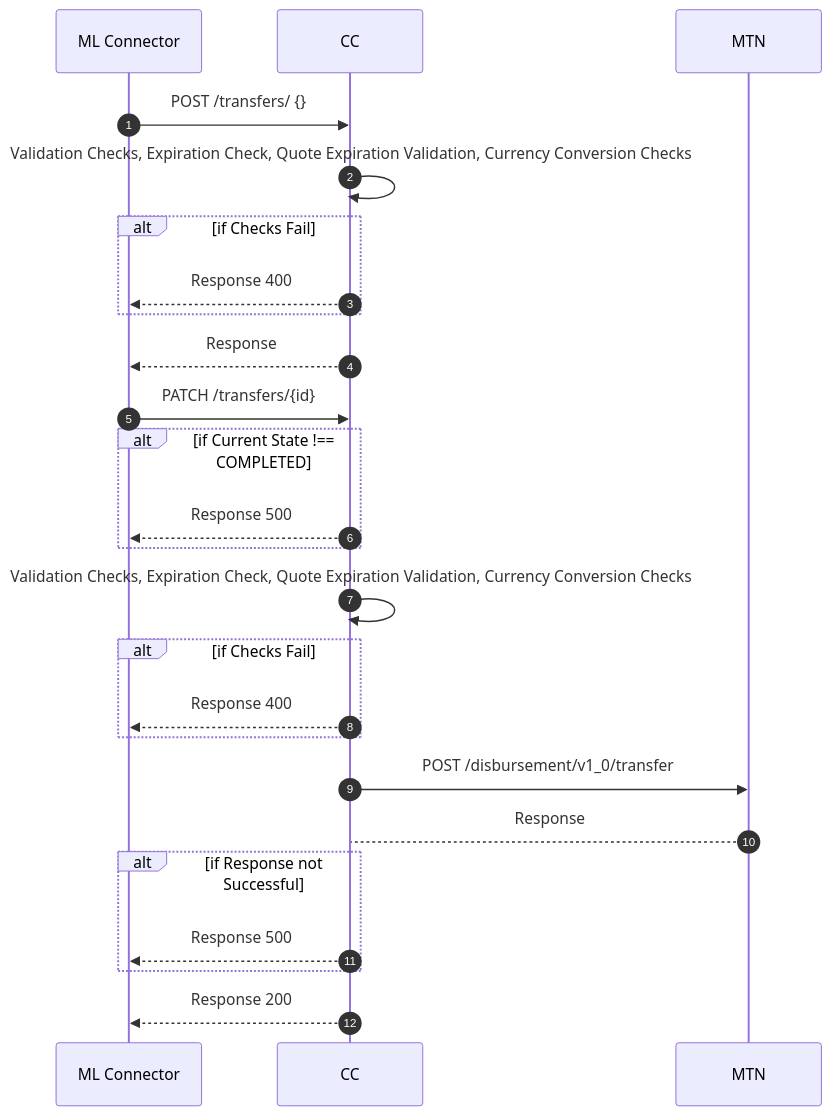
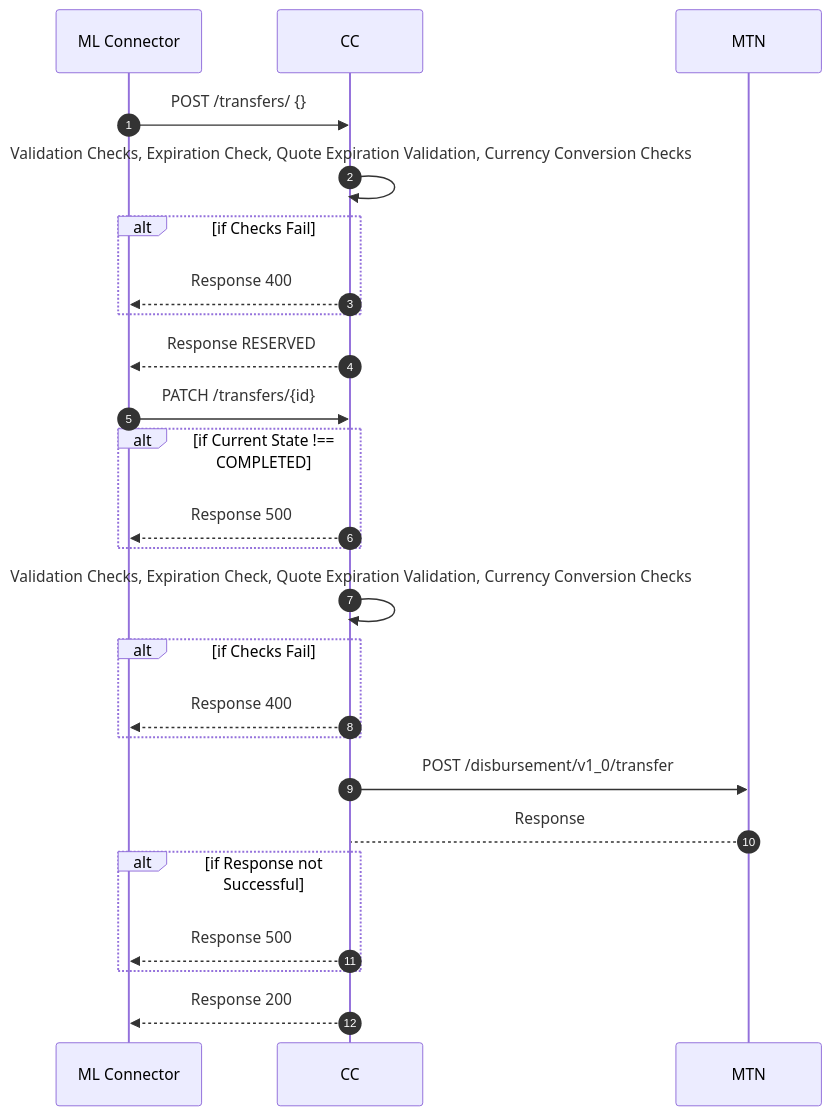
The diagram in mtn-zm-core-connector/docs/payee-recieve-transfer.md (mojaloop/ml-reference-connectors), drawn with Mermaid before and after one commit.

Commit message:
chore: added response currentState in payee transfers dequence diagram

````diff
--- a/mtn-zm-core-connector/docs/payee-recieve-transfer.md
+++ b/mtn-zm-core-connector/docs/payee-recieve-transfer.md
@@ -13,25 +13,25 @@
 ```mermaid
 sequenceDiagram
   autoNumber
 ML Connector ->> CC:  POST /transfers/ {}
 CC->>CC:Validation Checks, Expiration Check, Quote Expiration Validation, Currency Conversion Checks
 Alt if Checks Fail
 CC-->>ML Connector: Response 400
 End
-CC-->>ML Connector: Response
+CC-->>ML Connector: Response RESERVED
 ML Connector->>CC: PATCH /transfers/{id}
 Alt if Current State !== COMPLETED
 CC-->>ML Connector: Response 500
 End
 CC->>CC: Validation Checks, Expiration Check, Quote Expiration Validation, Currency Conversion Checks
 Alt if Checks Fail
 CC-->>ML Connector: Response 400
 End
 CC->>MTN: POST /disbursement/v1_0/transfer
 MTN-->CC: Response
 Alt if Response not Successful
 CC-->>ML Connector: Response 500
 End
 CC-->>ML Connector: Response 200
 
 ```
````
